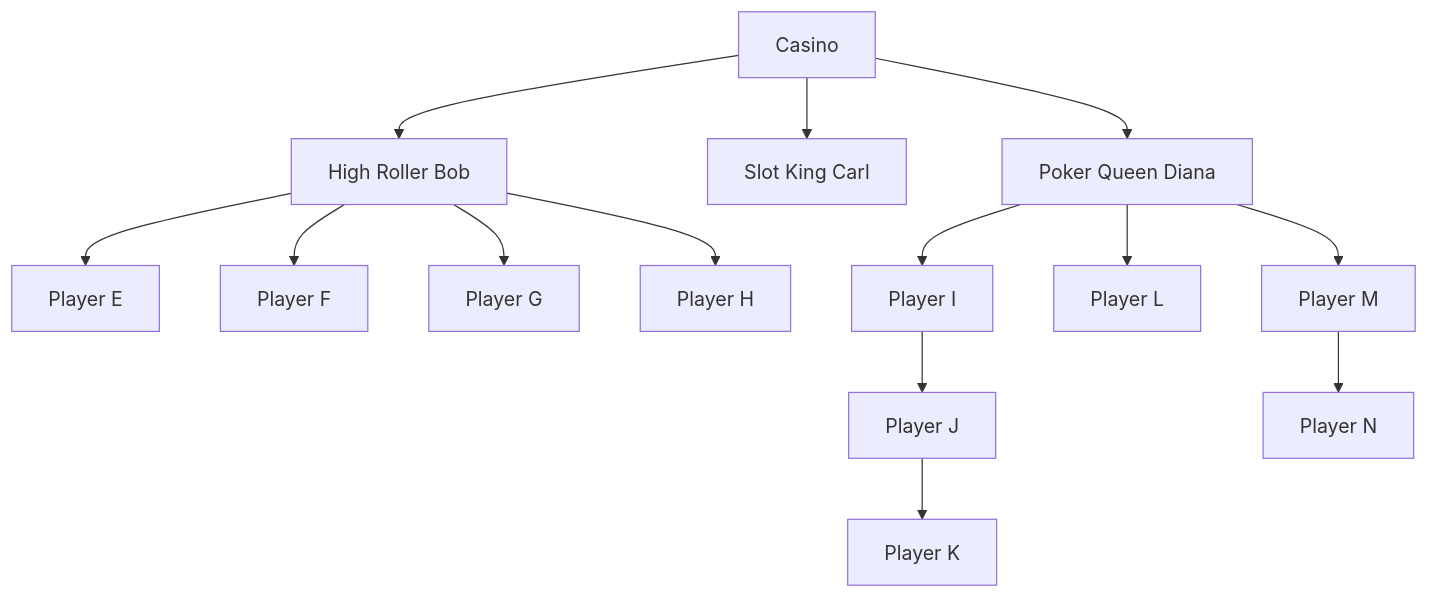
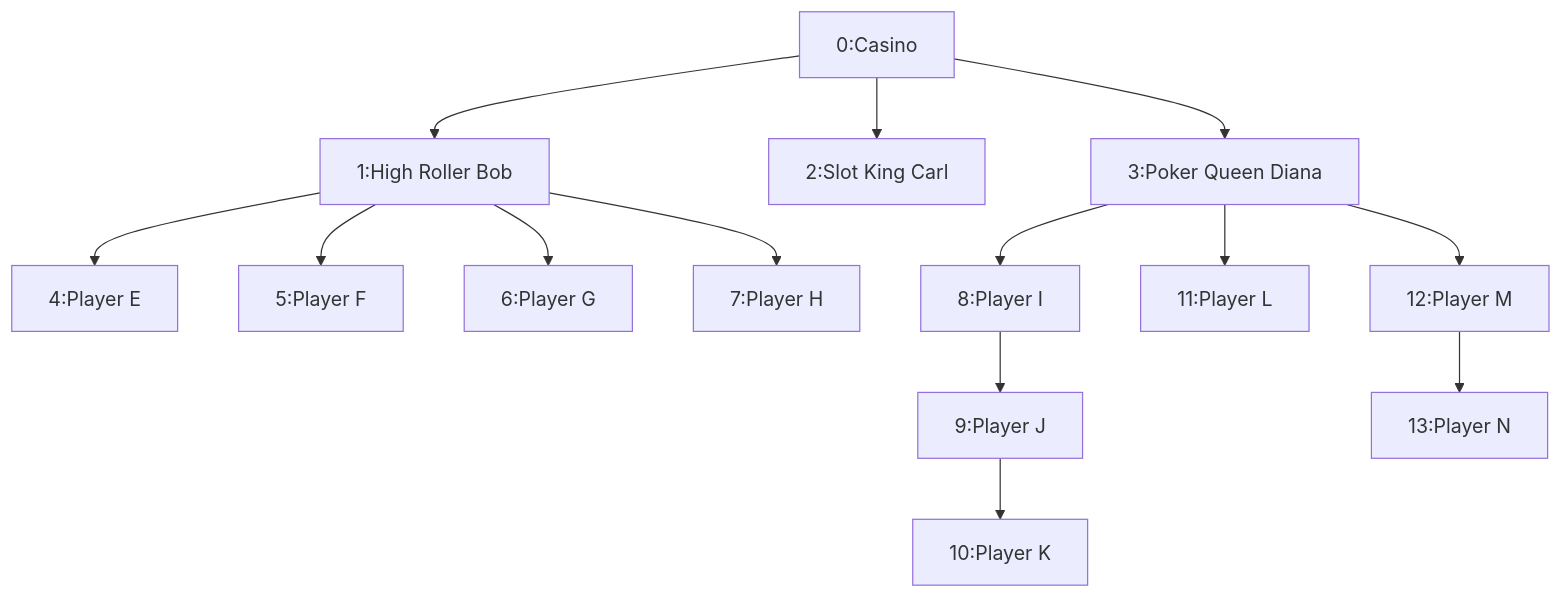
Before and after one commit to qtechgames-assesment/java-nodes: the diagram in README.md, drawn with Mermaid. The commit also changed other lines of this file, not shown here.

Commit message:
Update player nodes with IDs in the network diagram

````diff
--- a/README.md
+++ b/README.md
@@ -23,16 +23,16 @@
 ```mermaid
 flowchart TD
- A[Casino] --> B[High Roller Bob]
- A --> C[Slot King Carl]
- A --> D[Poker Queen Diana]
- B --> E[Player E]
- B --> F[Player F]
- B --> G[Player G]
- B --> H[Player H]
- D --> I[Player I]
- D --> L[Player L]
- D --> M[Player M]
- I --> J[Player J]
- J --> K[Player K]
- M --> N[Player N]
+ A[0:Casino] --> B[1:High Roller Bob]
+ A --> C[2:Slot King Carl]
+ A --> D[3:Poker Queen Diana]
+ B --> E[4:Player E]
+ B --> F[5:Player F]
+ B --> G[6:Player G]
+ B --> H[7:Player H]
+ D --> I[8:Player I]
+ D --> L[11:Player L]
+ D --> M[12:Player M]
+ I --> J[9:Player J]
+ J --> K[10:Player K]
+ M --> N[13:Player N]
 ```
````
